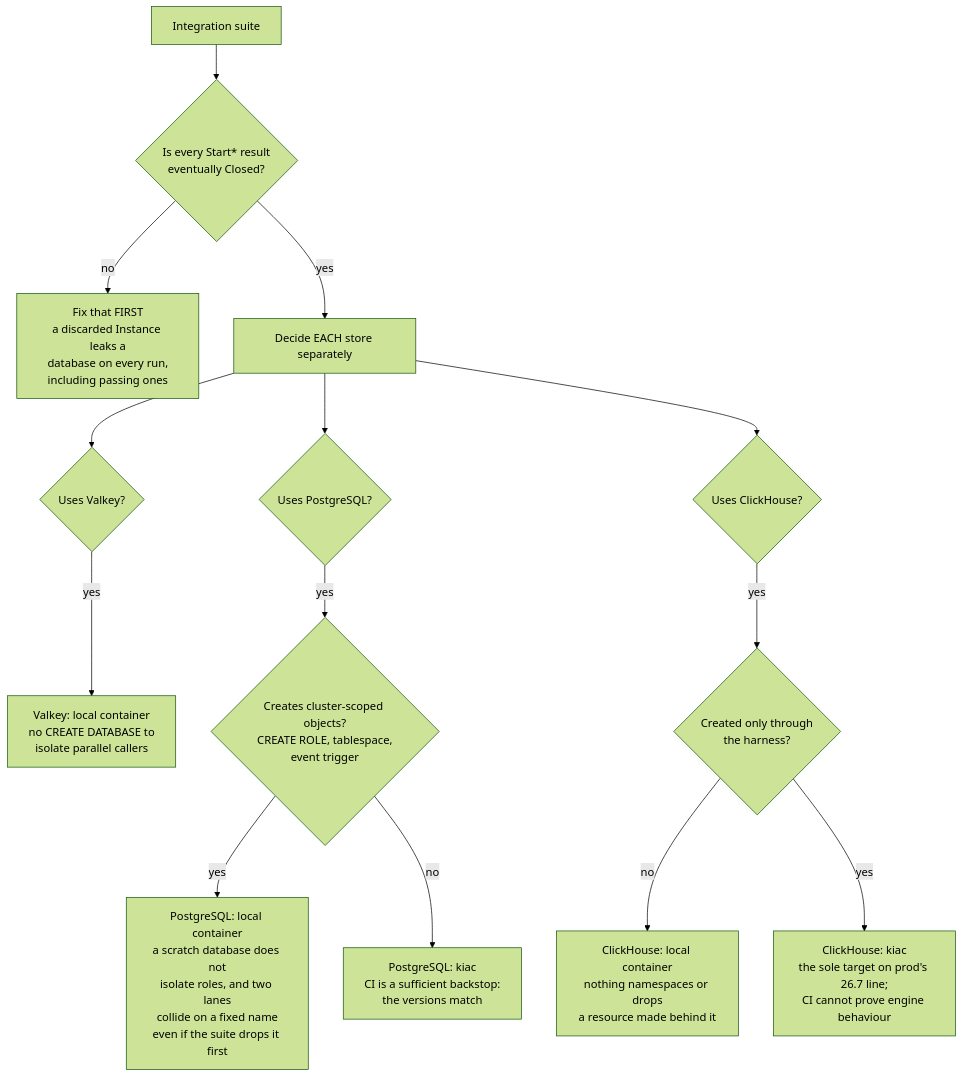
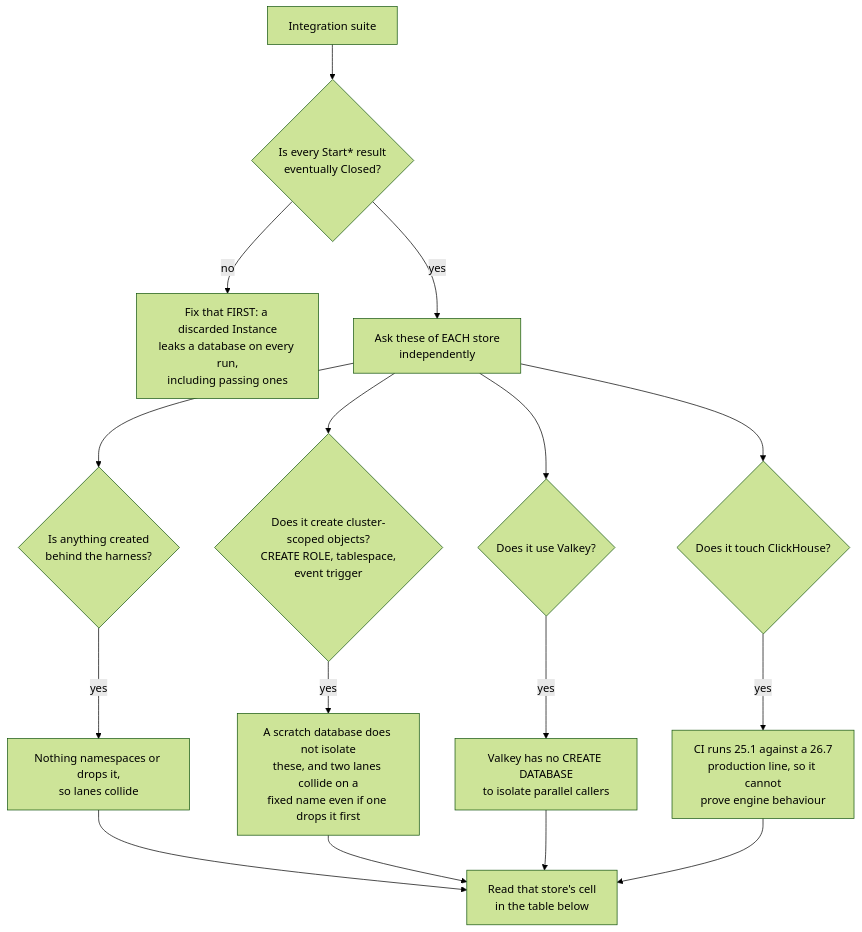
Before and after one commit to full-chaos/dev-health-ops: the diagram in docs/contribute/development/integration-suite-targets.md, drawn with Mermaid (forest theme). The commit also changed other lines of this file, not shown here.

````diff
--- a/docs/contribute/development/integration-suite-targets.md
+++ b/docs/contribute/development/integration-suite-targets.md
@@ -85,19 +85,23 @@
 ```mermaid
 flowchart TD
     A[Integration suite] --> P{Is every Start* result<br/>eventually Closed?}
-    P -- no --> PF[Fix that FIRST<br/>a discarded Instance leaks a<br/>database on every run,<br/>including passing ones]
-    P -- yes --> Q[Decide EACH store separately]
+    P -- no --> PF[Fix that FIRST: a discarded Instance<br/>leaks a database on every run,<br/>including passing ones]
+    P -- yes --> Q[Ask these of EACH store<br/>independently]
 
-    Q --> V{Uses Valkey?}
-    V -- yes --> V1[Valkey: local container<br/>no CREATE DATABASE to<br/>isolate parallel callers]
+    Q --> O{Is anything created<br/>behind the harness?}
+    O -- yes --> O1[Nothing namespaces or drops it,<br/>so lanes collide]
 
-    Q --> PGQ{Uses PostgreSQL?}
-    PGQ -- yes --> R{Creates cluster-scoped objects?<br/>CREATE ROLE, tablespace,<br/>event trigger}
-    R -- yes --> R1[PostgreSQL: local container<br/>a scratch database does not<br/>isolate roles, and two lanes<br/>collide on a fixed name<br/>even if the suite drops it first]
-    R -- no --> R2[PostgreSQL: kiac<br/>CI is a sufficient backstop:<br/>the versions match]
+    Q --> R{Does it create cluster-scoped objects?<br/>CREATE ROLE, tablespace,<br/>event trigger}
+    R -- yes --> R1[A scratch database does not isolate<br/>these, and two lanes collide on a<br/>fixed name even if one drops it first]
 
-    Q --> CHQ{Uses ClickHouse?}
-    CHQ -- yes --> O{Created only through<br/>the harness?}
-    O -- no --> O1[ClickHouse: local container<br/>nothing namespaces or drops<br/>a resource made behind it]
-    O -- yes --> O2[ClickHouse: kiac<br/>the sole target on prod's 26.7 line;<br/>CI cannot prove engine behaviour]
+    Q --> V{Does it use Valkey?}
+    V -- yes --> V1[Valkey has no CREATE DATABASE<br/>to isolate parallel callers]
+
+    Q --> C{Does it touch ClickHouse?}
+    C -- yes --> C1[CI runs 25.1 against a 26.7<br/>production line, so it cannot<br/>prove engine behaviour]
+
+    O1 --> T[Read that store's cell<br/>in the table below]
+    R1 --> T
+    V1 --> T
+    C1 --> T
 ```
````
